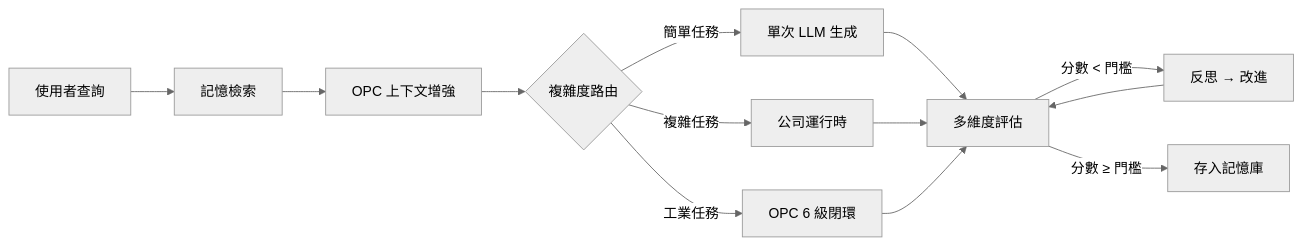
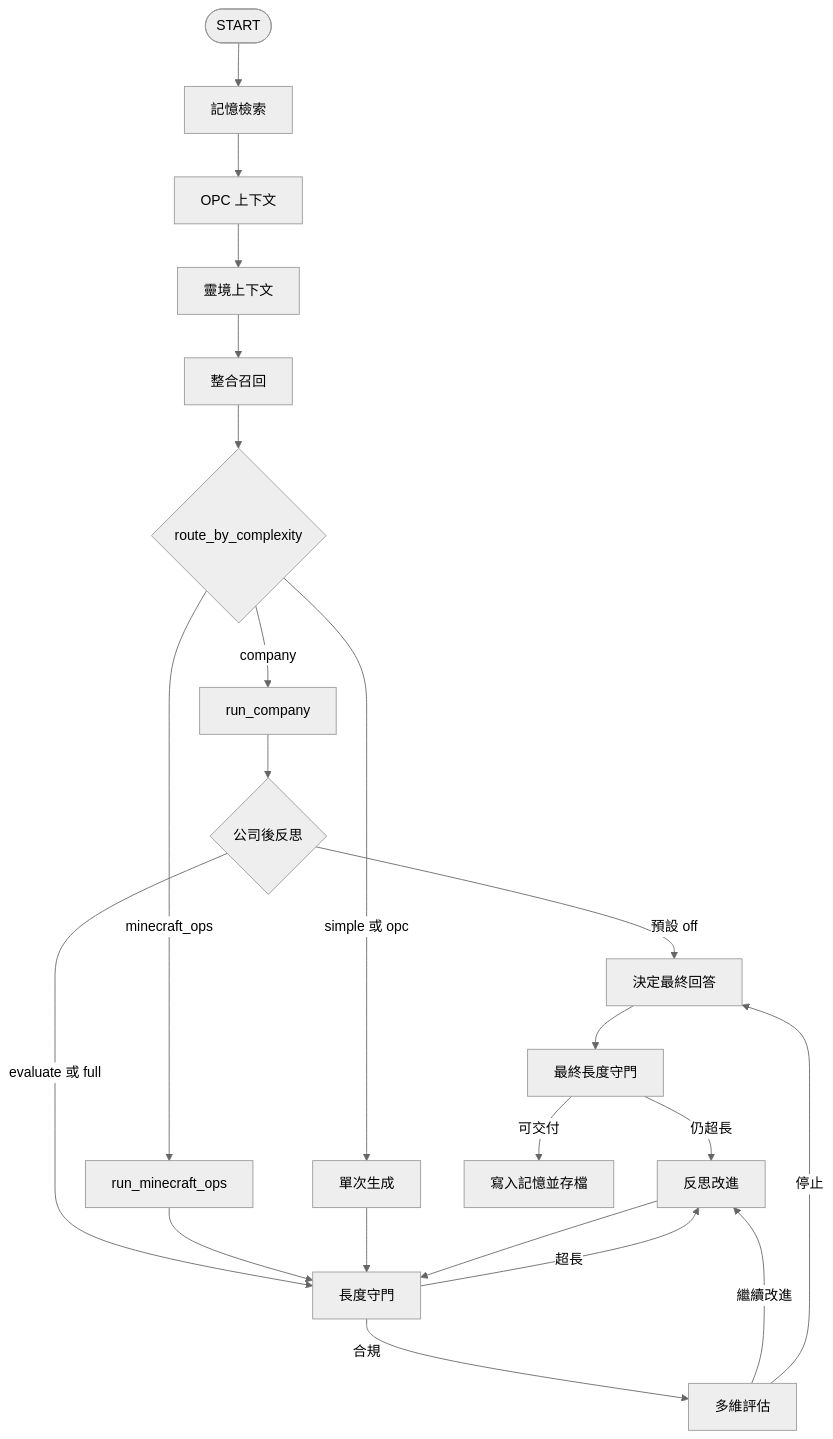
Before and after one commit to iiooiioo888/Linkin: the diagram in docs/architecture/overview.md, drawn with Mermaid (neutral theme). The commit also changed other lines of this file and 7 other files, not shown here.

````diff
--- a/docs/architecture/overview.md
+++ b/docs/architecture/overview.md
@@ -48,15 +30,24 @@
 ```mermaid
-graph LR
-    A[使用者查詢] --> B[記憶檢索]
-    B --> C[OPC 上下文增強]
-    C --> D{複雜度路由}
-    D -->|簡單任務| E[單次 LLM 生成]
-    D -->|複雜任務| F[公司運行時]
-    D -->|工業任務| G[OPC 6 級閉環]
-    E --> H[多維度評估]
-    F --> H
-    G --> H
-    H -->|分數 < 門檻| I[反思 → 改進]
-    I --> H
-    H -->|分數 ≥ 門檻| J[存入記憶庫]
+flowchart TD
+    START([START]) --> RM[記憶檢索]
+    RM --> OPC[OPC 上下文]
+    OPC --> LK[靈境上下文]
+    LK --> RC[整合召回]
+    RC --> ROUTE{route_by_complexity}
+    ROUTE -->|company| RUN[run_company]
+    ROUTE -->|minecraft_ops| MC[run_minecraft_ops]
+    ROUTE -->|simple 或 opc| GEN[單次生成]
+    RUN --> GATE{公司後反思}
+    GATE -->|預設 off| DEC[決定最終回答]
+    GATE -->|evaluate 或 full| LEN[長度守門]
+    MC --> LEN
+    GEN --> LEN
+    LEN -->|超長| REFL[反思改進]
+    LEN -->|合規| EVAL[多維評估]
+    EVAL -->|繼續改進| REFL
+    EVAL -->|停止| DEC
+    REFL --> LEN
+    DEC --> FIN[最終長度守門]
+    FIN -->|仍超長| REFL
+    FIN -->|可交付| SAVE[寫入記憶並存檔]
 ```
````
